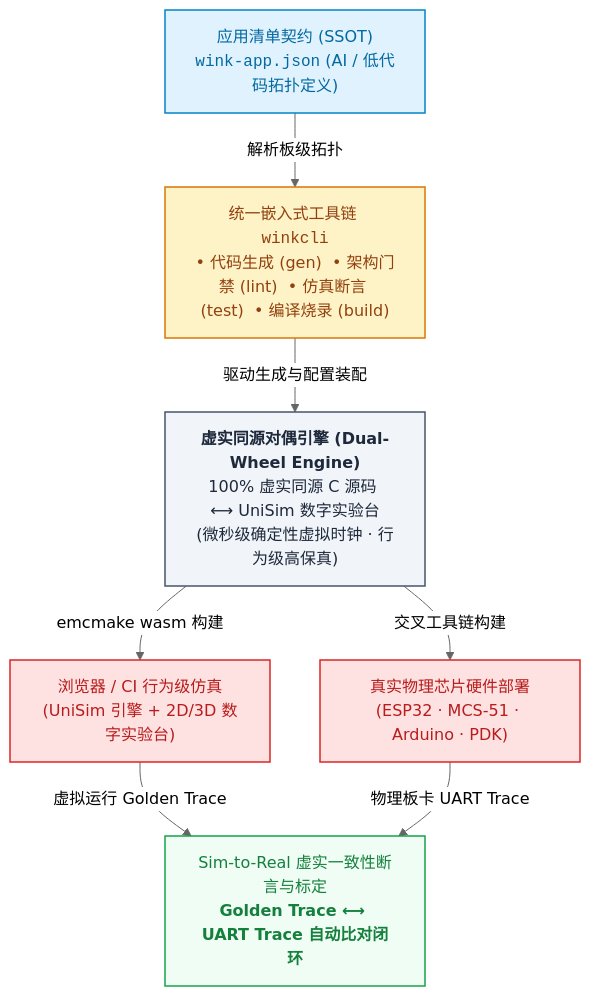
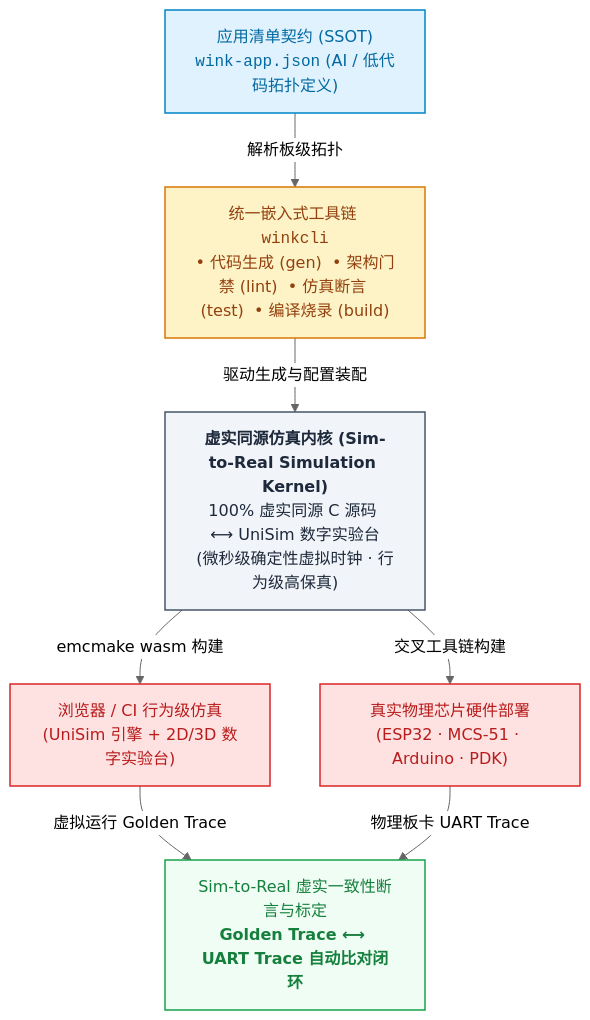
The first of 3 diagrams in README.zh-CN.md (wink-cloud-hub/wink-ai-embedded), drawn with Mermaid (neutral theme) before and after one commit. The commit also changed other lines of this file and 1 other file, not shown here.

````diff
--- a/README.zh-CN.md
+++ b/README.zh-CN.md
@@ -170,27 +170,27 @@
 ```mermaid
 graph TD
     classDef input fill:#e0f2fe,stroke:#0284c7,stroke-width:1.5px,color:#0369a1;
     classDef tool fill:#fef3c7,stroke:#d97706,stroke-width:1.5px,color:#92400e;
     classDef core fill:#f1f5f9,stroke:#475569,stroke-width:1.5px,color:#1e293b;
     classDef target fill:#fee2e2,stroke:#dc2626,stroke-width:1.5px,color:#b91c1c;
     classDef verify fill:#f0fdf4,stroke:#16a34a,stroke-width:1.5px,color:#15803d;
 
     Manifest["应用清单契约 (SSOT)<br><code>wink-app.json</code> (AI / 低代码拓扑定义)"]:::input
     CLI["统一嵌入式工具链 <code>winkcli</code><br>• 代码生成 (gen)  • 架构门禁 (lint)  • 仿真断言 (test)  • 编译烧录 (build)"]:::tool
 
-    DualWheel["<b>虚实同源对偶引擎 (Dual-Wheel Engine)</b><br>100% 虚实同源 C 源码 ⟷ UniSim 数字实验台<br>(微秒级确定性虚拟时钟 · 行为级高保真)"]:::core
+    SimKernel["<b>虚实同源仿真内核 (Sim-to-Real Simulation Kernel)</b><br>100% 虚实同源 C 源码 ⟷ UniSim 数字实验台<br>(微秒级确定性虚拟时钟 · 行为级高保真)"]:::core
 
     WasmTarget["浏览器 / CI 行为级仿真<br>(UniSim 引擎 + 2D/3D 数字实验台)"]:::target
     RealTarget["真实物理芯片硬件部署<br>(ESP32 · MCS-51 · Arduino · PDK)"]:::target
 
     TraceCheck["Sim-to-Real 虚实一致性断言与标定<br><b>Golden Trace ⟷ UART Trace 自动比对闭环</b>"]:::verify
 
     Manifest -->|"解析板级拓扑"| CLI
-    CLI -->|"驱动生成与配置装配"| DualWheel
+    CLI -->|"驱动生成与配置装配"| SimKernel
 
-    DualWheel -->|"emcmake wasm 构建"| WasmTarget
-    DualWheel -->|"交叉工具链构建"| RealTarget
+    SimKernel -->|"emcmake wasm 构建"| WasmTarget
+    SimKernel -->|"交叉工具链构建"| RealTarget
 
     WasmTarget -->|"虚拟运行 Golden Trace"| TraceCheck
     RealTarget -->|"物理板卡 UART Trace"| TraceCheck
 ```
````
